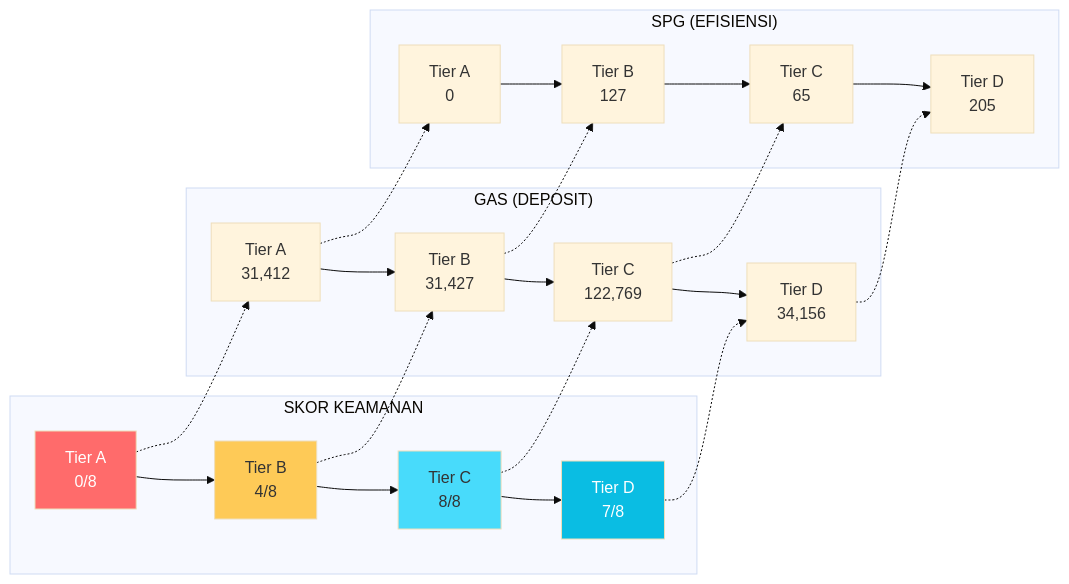
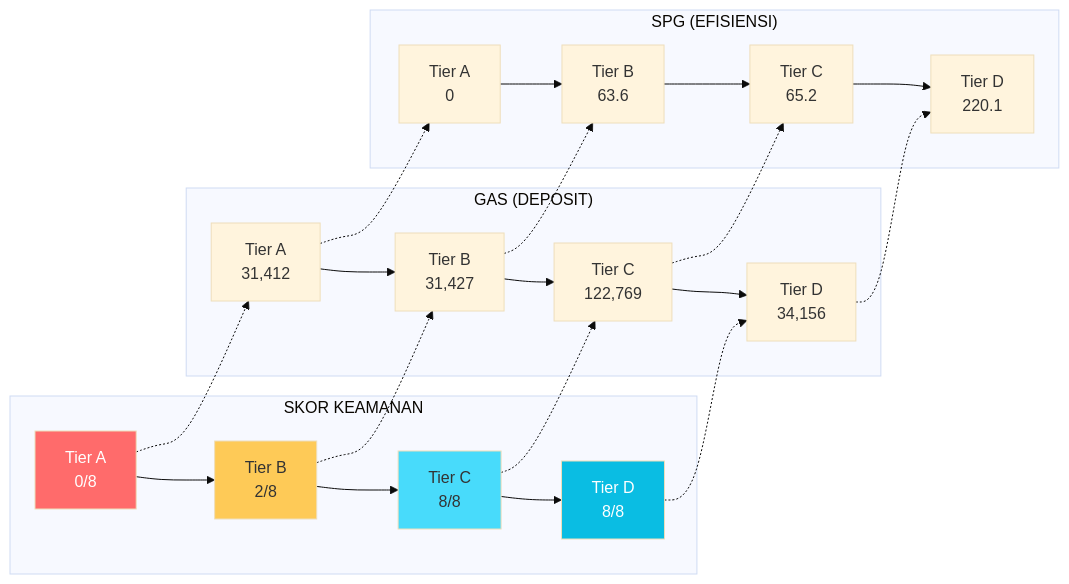
Before and after one commit to Zhee1112/SmartContract: the second of 2 diagrams in docs/sempro/MINDMAP_JURNAL.md, drawn with Mermaid (base theme). The commit also changed other lines of this file and 5 other files, not shown here.

Commit message:
Update mind maps and evidence with corrected security scores (Tier D: 8/8)

````diff
--- a/docs/sempro/MINDMAP_JURNAL.md
+++ b/docs/sempro/MINDMAP_JURNAL.md
@@ -60,35 +60,35 @@
 ```mermaid
 graph LR
     subgraph "SKOR KEAMANAN"
-        SA["Tier A<br/>0/8"] --> SB["Tier B<br/>4/8"]
+        SA["Tier A<br/>0/8"] --> SB["Tier B<br/>2/8"]
         SB --> SC["Tier C<br/>8/8"]
-        SC --> SD["Tier D<br/>7/8"]
+        SC --> SD["Tier D<br/>8/8"]
     end
     
     subgraph "GAS (DEPOSIT)"
         GA["Tier A<br/>31,412"] --> GB["Tier B<br/>31,427"]
         GB --> GC["Tier C<br/>122,769"]
         GC --> GD["Tier D<br/>34,156"]
     end
     
     subgraph "SPG (EFISIENSI)"
-        SPA["Tier A<br/>0"] --> SPB["Tier B<br/>127"]
-        SPB --> SPC["Tier C<br/>65"]
-        SPC --> SPD["Tier D<br/>205"]
+        SPA["Tier A<br/>0"] --> SPB["Tier B<br/>63.6"]
+        SPB --> SPC["Tier C<br/>65.2"]
+        SPC --> SPD["Tier D<br/>220.1"]
     end
     
     SA -.-> GA
     SB -.-> GB
     SC -.-> GC
     SD -.-> GD
     
     GA -.-> SPA
     GB -.-> SPB
     GC -.-> SPC
     GD -.-> SPD
 
     style SA fill:#ff6b6b,color:#fff
     style SB fill:#feca57,color:#333
     style SC fill:#48dbfb,color:#333
     style SD fill:#0abde3,color:#fff
 ```
````
